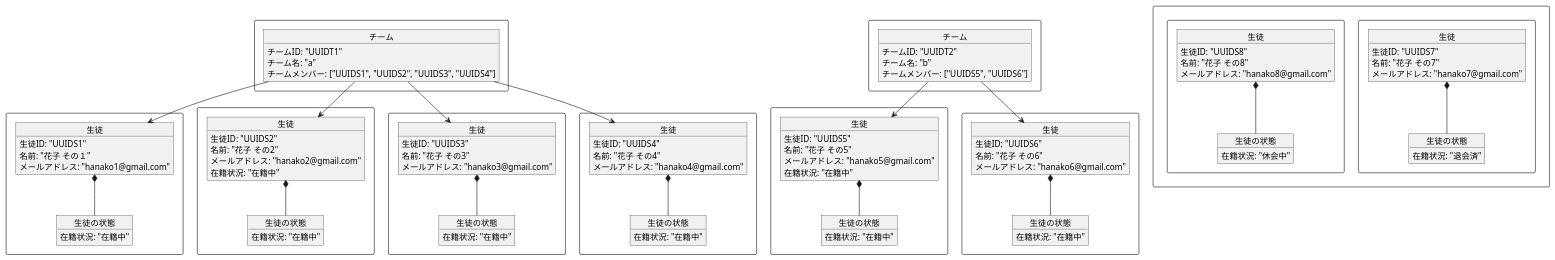
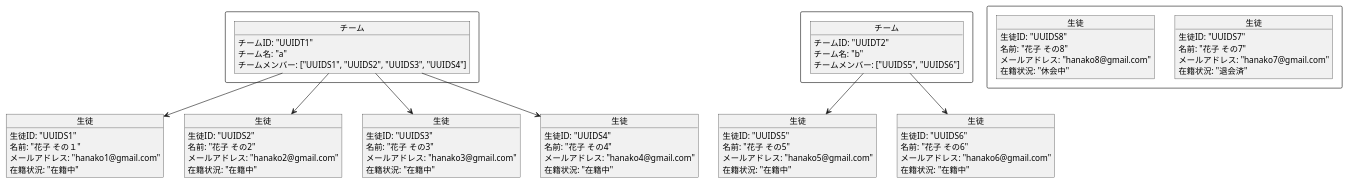
One commit to yooooooooh/ddd-sample changed the diagram in doc/object-student-management.pu. Above: the diagram before and after it, drawn with PlantUML. The commit also changed 32 other files, not shown here.

```diff
--- a/doc/object-student-management.pu
+++ b/doc/object-student-management.pu
@@ -1,172 +1,111 @@
 @startuml object
 
 ' オブジェクト図は
 ' ユーザーの要求に対するシステムの振る舞いを定義する図です。
 ' サンプルコードP18
 
 ' - 参加者
 '     - 名前とメールアドレスを持つ
 '     - メールアドレスの重複は許容されない
 '     - 在籍ステータスを持つ。取りうる値は「在籍中」「休会中」「退会済」の3つ
 '         - ステータスが「在籍中」ではない場合、どのチームにも所属してはいけない
 ' - チーム
 '     - チームには名前がある
 '     - チームの名前はa, b, c, dのような英文字でなければいけない
 '     - チームの名前は重複不可
 '     - チームの人数は2〜4名。人数が変動したときの挙動については[参加者の増減に関する仕様](https://www.notion.so/1-4a8b67f9c79b4571b4f31e57bf8372c7?pvs=21)を参照
 ' - 課題
 '     - 全ての参加者は複数の課題（80個ぐらい）を所有（割り当てられて）いる
 '         - 例えば参加者Aが課題を80個、参加者Bが課題を80個所有している
 '     - 課題には、参加者ごとに進捗ステータスがある
 '         - 進捗ステータスは「未着手、取組中、レビュー待ち、完了」いずれかの値を持つ
 '         - 進捗ステータス変更可否の条件は以下の通り
 '             - 「未着手」は、「取組中」にのみ変更できる
 '             - 「取組中」は「レビュー待ち」にのみ変更できる
 '             - 「レビュー待ち」は、「取組中」もしくは「完了」に変更できる
 '             - 「完了」は変更できない
 '         - 進捗ステータスを変更できるのは、課題の所有者だけ（Aさんの課題1の進捗ステータスを変えられるのはAさんだけ。Aさんの課題1の進捗ステータスをBさんが変更するのは不可能）
 
 
 rectangle {
     object "チーム" as TeamA {
         チームID: "UUIDT1"
         チーム名: "a"
         チームメンバー: ["UUIDS1", "UUIDS2", "UUIDS3", "UUIDS4"]
     }
 }
 
 
-rectangle {
-    object "生徒" as Student1 {
-        生徒ID: "UUIDS1"
-        名前: "花子 その１"
-        メールアドレス: "hanako1@gmail.com"
-    }
-
-    object "生徒の状態" as StudentStatus1 {
-        在籍状況: "在籍中"
-    }
-
-    Student1 *-- StudentStatus1
+object "生徒" as Student1 {
+    生徒ID: "UUIDS1"
+    名前: "花子 その１"
+    メールアドレス: "hanako1@gmail.com"
+    在籍状況: "在籍中"
 }
-
-rectangle {
-    object "生徒" as Student2 {
-        生徒ID: "UUIDS2"
-        名前: "花子 その2"
-        メールアドレス: "hanako2@gmail.com"
-        在籍状況: "在籍中"
-    }
-
-    object "生徒の状態" as StudentStatus2 {
-        在籍状況: "在籍中"
-    }
-
-    Student2 *-- StudentStatus2
+object "生徒" as Student2 {
+    生徒ID: "UUIDS2"
+    名前: "花子 その2"
+    メールアドレス: "hanako2@gmail.com"
+    在籍状況: "在籍中"
 }
-
-rectangle {
-    object "生徒" as Student3 {
-        生徒ID: "UUIDS3"
-        名前: "花子 その3"
-        メールアドレス: "hanako3@gmail.com"
-    }
-
-    object "生徒の状態" as StudentStatus3 {
-        在籍状況: "在籍中"
-    }
-
-    Student3 *-- StudentStatus3
+object "生徒" as Student3 {
+    生徒ID: "UUIDS3"
+    名前: "花子 その3"
+    メールアドレス: "hanako3@gmail.com"
+    在籍状況: "在籍中"
 }
-
-rectangle {
-    object "生徒" as Student4 {
-        生徒ID: "UUIDS4"
-        名前: "花子 その4"
-        メールアドレス: "hanako4@gmail.com"
-    }
-
-    object "生徒の状態" as StudentStatus4 {
-        在籍状況: "在籍中"
-    }
-
-    Student4 *-- StudentStatus4
+object "生徒" as Student4 {
+    生徒ID: "UUIDS4"
+    名前: "花子 その4"
+    メールアドレス: "hanako4@gmail.com"
+    在籍状況: "在籍中"
 }
 
 TeamA -down-> Student1
 TeamA -down-> Student2
 TeamA -down-> Student3
 TeamA -down-> Student4
 
 
 rectangle {
     object "チーム" as TeamB {
         チームID: "UUIDT2"
         チーム名: "b"
         チームメンバー: ["UUIDS5", "UUIDS6"]
     }
 }
 
-rectangle {
-    object "生徒" as Student5 {
-        生徒ID: "UUIDS5"
-        名前: "花子 その5"
-        メールアドレス: "hanako5@gmail.com"
-        在籍状況: "在籍中"
-    }
-
-    object "生徒の状態" as StudentStatus5 {
-        在籍状況: "在籍中"
-    }
-
-    Student5 *-- StudentStatus5
+object "生徒" as Student5 {
+    生徒ID: "UUIDS5"
+    名前: "花子 その5"
+    メールアドレス: "hanako5@gmail.com"
+    在籍状況: "在籍中"
 }
 
-rectangle {
-    object "生徒" as Student6 {
-        生徒ID: "UUIDS6"
-        名前: "花子 その6"
-        メールアドレス: "hanako6@gmail.com"
-    }
 
-    object "生徒の状態" as StudentStatus6 {
-        在籍状況: "在籍中"
-    }
-
-    Student6 *-- StudentStatus6
+object "生徒" as Student6 {
+    生徒ID: "UUIDS6"
+    名前: "花子 その6"
+    メールアドレス: "hanako6@gmail.com"
+    在籍状況: "在籍中"
 }
 
 TeamB -down-> Student5
 TeamB -down-> Student6
 
 rectangle {
-    rectangle {
-        object "生徒" as Student7 {
-            生徒ID: "UUIDS7"
-            名前: "花子 その7"
-            メールアドレス: "hanako7@gmail.com"
-        }
-
-        object "生徒の状態" as StudentStatus7 {
-            在籍状況: "退会済"
-        }
-
-        Student7 *-- StudentStatus7
+    object "生徒" as Student7 {
+        生徒ID: "UUIDS7"
+        名前: "花子 その7"
+        メールアドレス: "hanako7@gmail.com"
+        在籍状況: "退会済"
     }
-
-    rectangle {
-        object "生徒" as Student8 {
-            生徒ID: "UUIDS8"
-            名前: "花子 その8"
-            メールアドレス: "hanako8@gmail.com"
-        }
-
-        object "生徒の状態" as StudentStatus8 {
-            在籍状況: "休会中"
-        }
-
-        Student8 *-- StudentStatus8
+    object "生徒" as Student8 {
+        生徒ID: "UUIDS8"
+        名前: "花子 その8"
+        メールアドレス: "hanako8@gmail.com"
+        在籍状況: "休会中"
     }
 }
 
 @enduml
```
